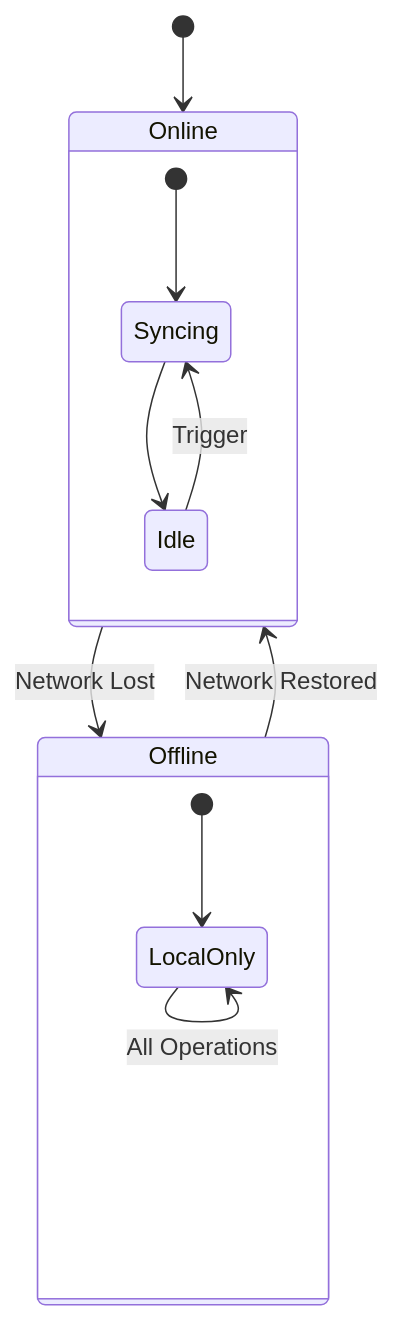
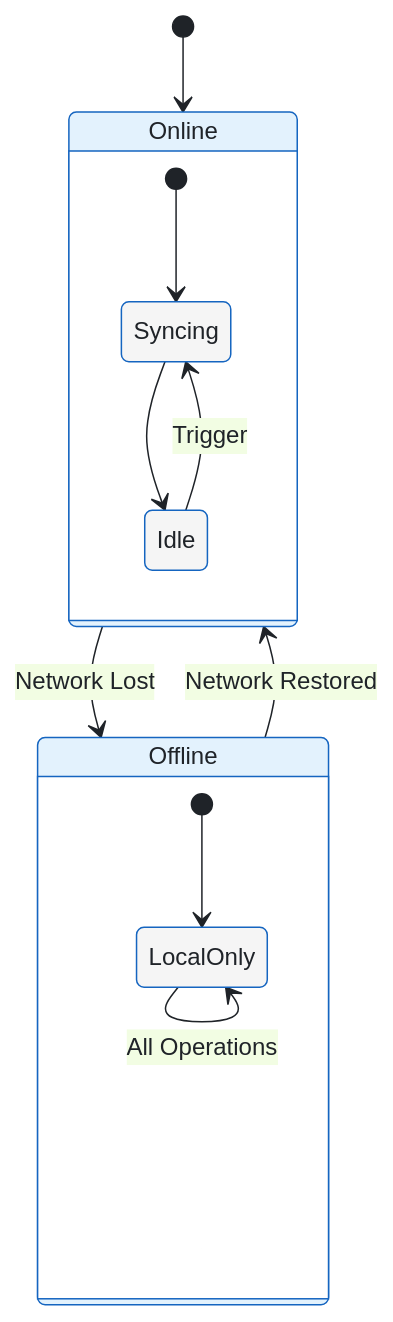
Before and after one commit to fabioc-aloha/Alex_Plug_In: the sixth of 7 diagrams in alex_docs/CLOUD-SYNC.md, drawn with Mermaid. The commit also changed other lines of this file and 15 other files, not shown here.

First line of the commit message:
feat: Skill architecture v1.0 + Mermaid diagram fixes

````diff
--- a/alex_docs/CLOUD-SYNC.md
+++ b/alex_docs/CLOUD-SYNC.md
@@ -283,17 +286,18 @@
 ```mermaid
+%%{init: {'theme': 'base', 'themeVariables': { 'primaryColor': '#e3f2fd', 'primaryTextColor': '#1f2328', 'primaryBorderColor': '#1565c0', 'lineColor': '#1f2328', 'stateBkg': '#f5f5f5', 'stateLabelColor': '#1f2328', 'compositeBackground': '#ffffff', 'compositeTitleBackground': '#e3f2fd', 'compositeBorder': '#1565c0' }}}%%
 stateDiagram-v2
     [*] --> Online
     Online --> Offline : Network Lost
     Offline --> Online : Network Restored
 
     state Online {
         [*] --> Syncing
         Syncing --> Idle
         Idle --> Syncing : Trigger
     }
 
     state Offline {
         [*] --> LocalOnly
         LocalOnly --> LocalOnly : All Operations
     }
 ```
````
